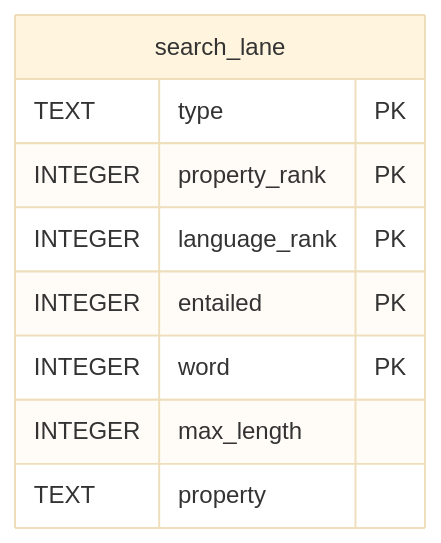
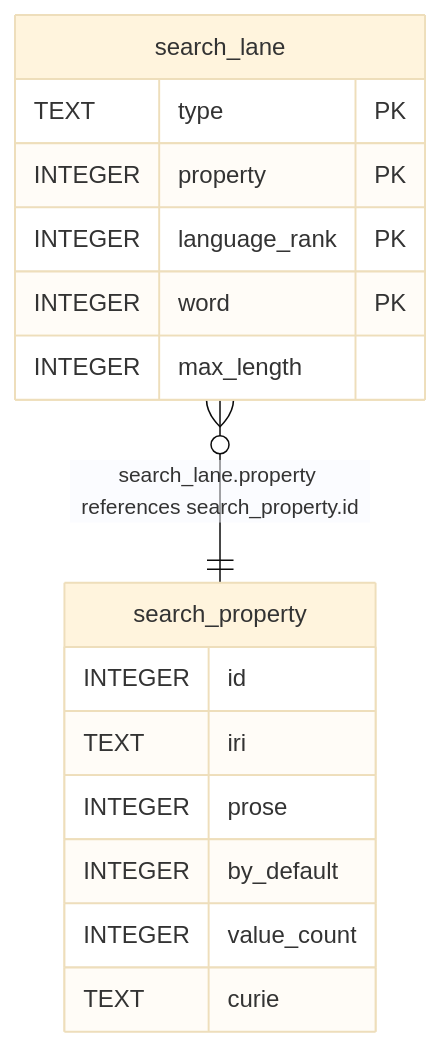
Before and after one commit to jclerman/browl: the diagram in docs/schema/derived/search_lane.md, drawn with Mermaid (base theme). The commit also changed other lines of this file and 34 other files, not shown here.

First line of the commit message:
P-42: Search every annotation property's name-like values (#142)

````diff
--- a/docs/schema/derived/search_lane.md
+++ b/docs/schema/derived/search_lane.md
@@ -56,14 +51,21 @@
 ```mermaid
 erDiagram
 
+"search_lane" }o--|| "search_property" : "search_lane.property references search_property.id"
 
 "search_lane" {
   TEXT type PK
-  INTEGER property_rank PK
+  INTEGER property PK
   INTEGER language_rank PK
-  INTEGER entailed PK
   INTEGER word PK
   INTEGER max_length
-  TEXT property
+}
+"search_property" {
+  INTEGER id
+  TEXT iri
+  INTEGER prose
+  INTEGER by_default
+  INTEGER value_count
+  TEXT curie
 }
 ```
````
